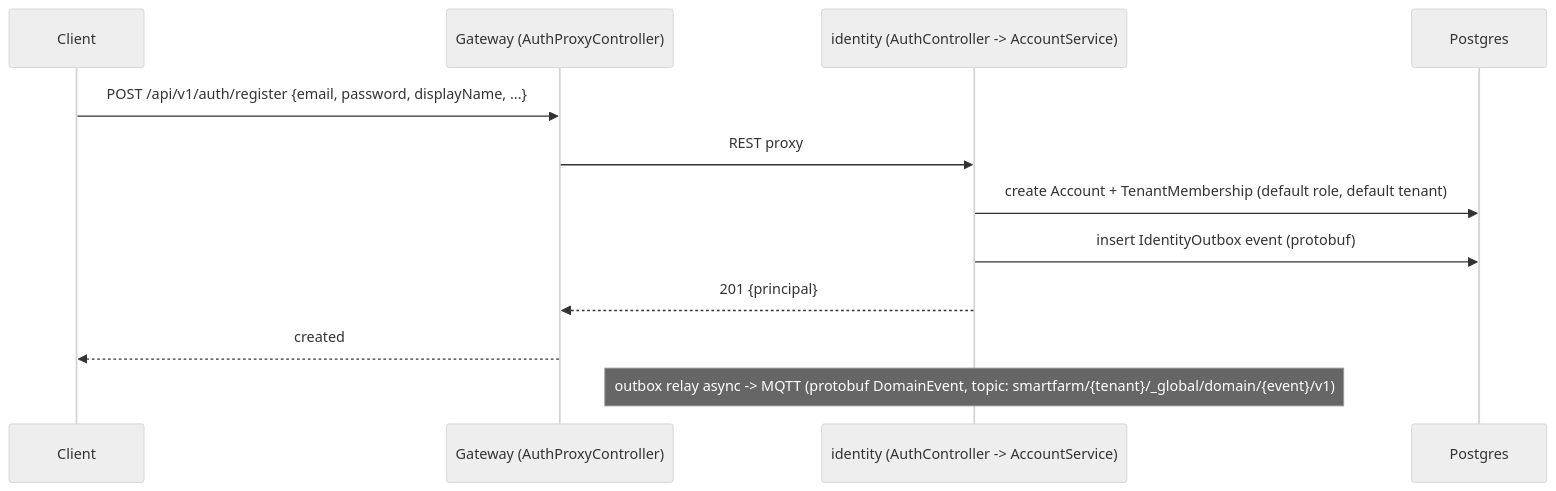
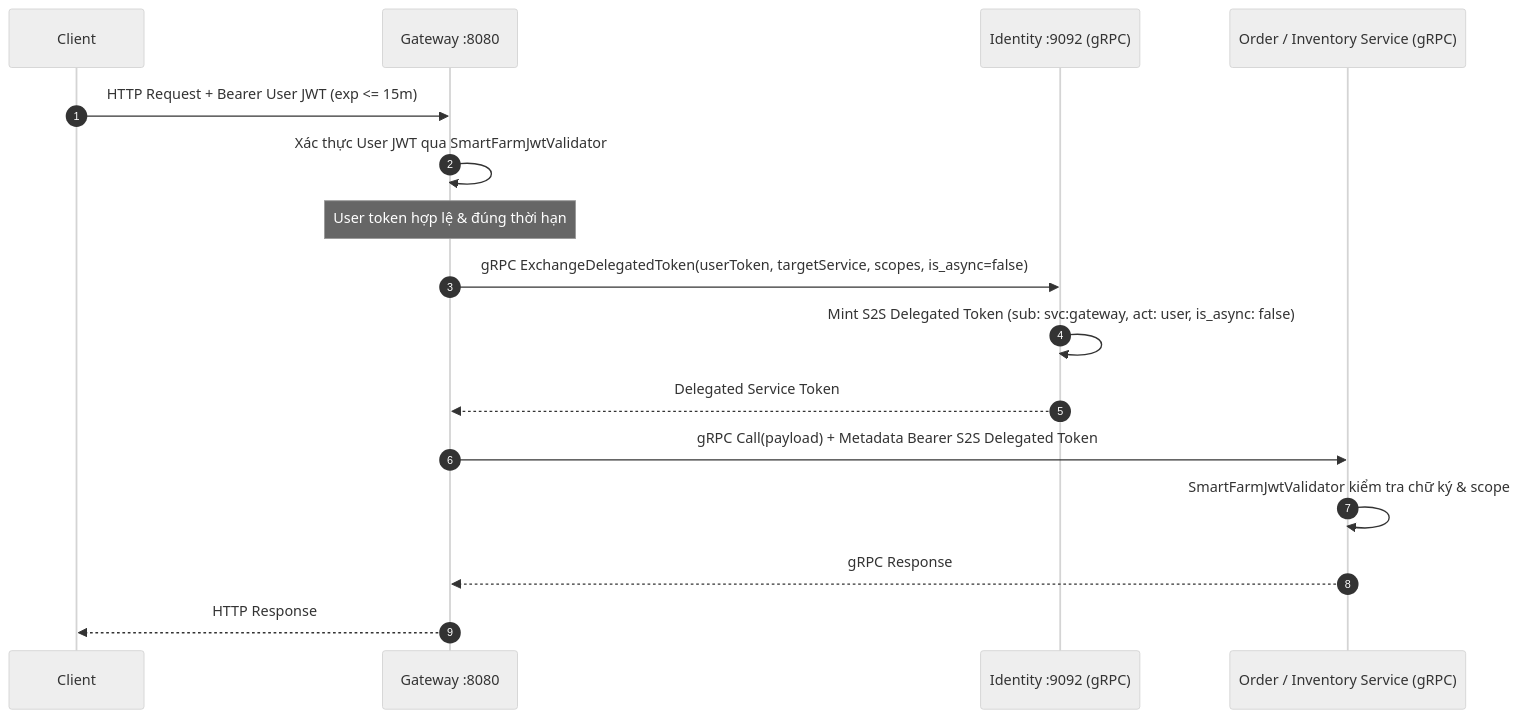
Before and after one commit to hatrongvu13/smartfarm-platform-maven-starter: the second of 5 diagrams in docs/architecture/request-flows.md, drawn with Mermaid (neutral theme). The commit also changed other lines of this file and 16 other files, not shown here.

````diff
--- a/docs/architecture/request-flows.md
+++ b/docs/architecture/request-flows.md
@@ -35,14 +42,21 @@
 ```mermaid
 sequenceDiagram
+  autonumber
   participant C as Client
-  participant GW as Gateway (AuthProxyController)
-  participant ID as identity (AuthController -> AccountService)
-  participant PG as Postgres
-  C->>GW: POST /api/v1/auth/register {email, password, displayName, ...}
-  GW->>ID: REST proxy
-  ID->>PG: create Account + TenantMembership (default role, default tenant)
-  ID->>PG: insert IdentityOutbox event (protobuf)
-  ID-->>GW: 201 {principal}
-  GW-->>C: created
-  Note over ID: outbox relay async -> MQTT (protobuf DomainEvent, topic: smartfarm/{tenant}/_global/domain/{event}/v1)
+  participant GW as Gateway :8080
+  participant ID as Identity :9092 (gRPC)
+  participant SVC as Order / Inventory Service (gRPC)
+
+  C->>GW: HTTP Request + Bearer User JWT (exp <= 15m)
+  GW->>GW: Xác thực User JWT qua SmartFarmJwtValidator
+  Note over GW: User token hợp lệ & đúng thời hạn
+
+  GW->>ID: gRPC ExchangeDelegatedToken(userToken, targetService, scopes, is_async=false)
+  ID->>ID: Mint S2S Delegated Token (sub: svc:gateway, act: user, is_async: false)
+  ID-->>GW: Delegated Service Token
+
+  GW->>SVC: gRPC Call(payload) + Metadata Bearer S2S Delegated Token
+  SVC->>SVC: SmartFarmJwtValidator kiểm tra chữ ký & scope
+  SVC-->>GW: gRPC Response
+  GW-->>C: HTTP Response
 ```
````
